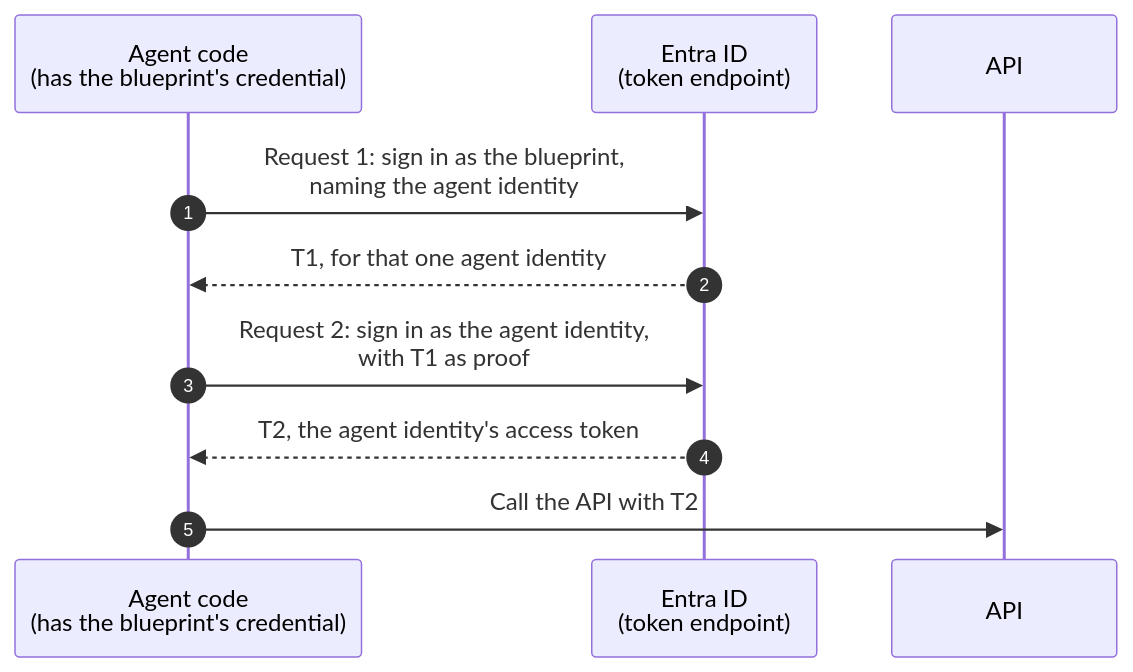
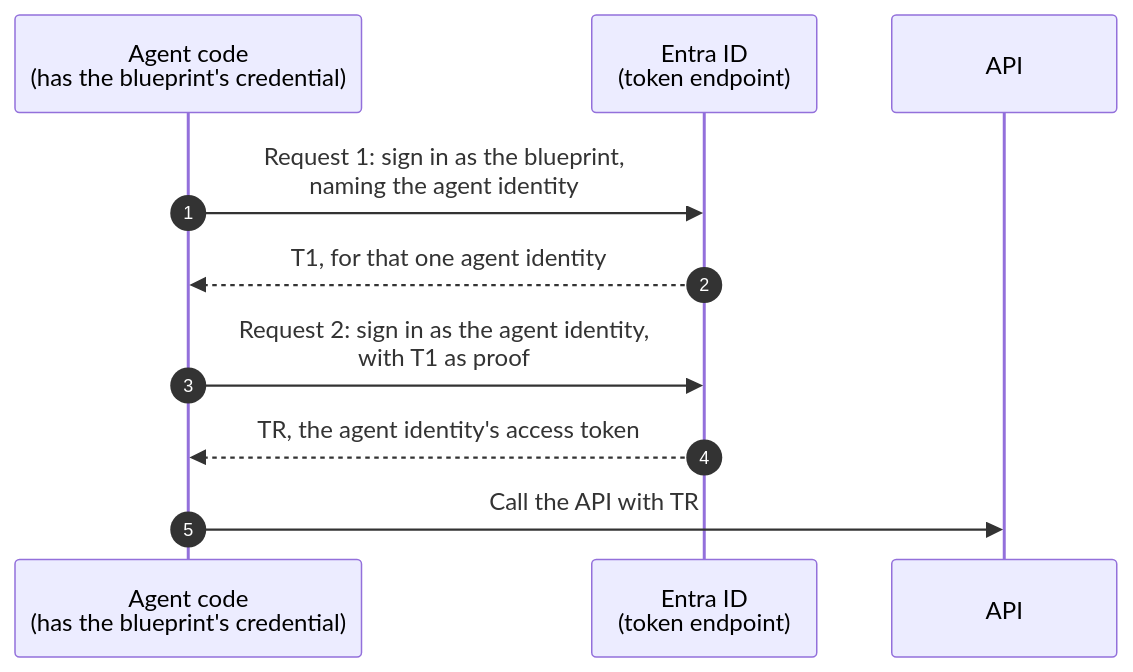
Before and after one commit to alireza-mpr/agent-steward: the third of 3 diagrams in docs/agent-id.md, drawn with Mermaid. The commit also changed other lines of this file and 16 other files, not shown here.

````diff
--- a/docs/agent-id.md
+++ b/docs/agent-id.md
@@ -177,13 +177,13 @@
 ```mermaid
 sequenceDiagram
     autonumber
     participant Code as Agent code<br/>(has the blueprint's credential)
     participant Entra as Entra ID<br/>(token endpoint)
     participant API as API
 
     Code->>Entra: Request 1: sign in as the blueprint,<br/>naming the agent identity
     Entra-->>Code: T1, for that one agent identity
     Code->>Entra: Request 2: sign in as the agent identity,<br/>with T1 as proof
-    Entra-->>Code: T2, the agent identity's access token
-    Code->>API: Call the API with T2
+    Entra-->>Code: TR, the agent identity's access token
+    Code->>API: Call the API with TR
 ```
````
